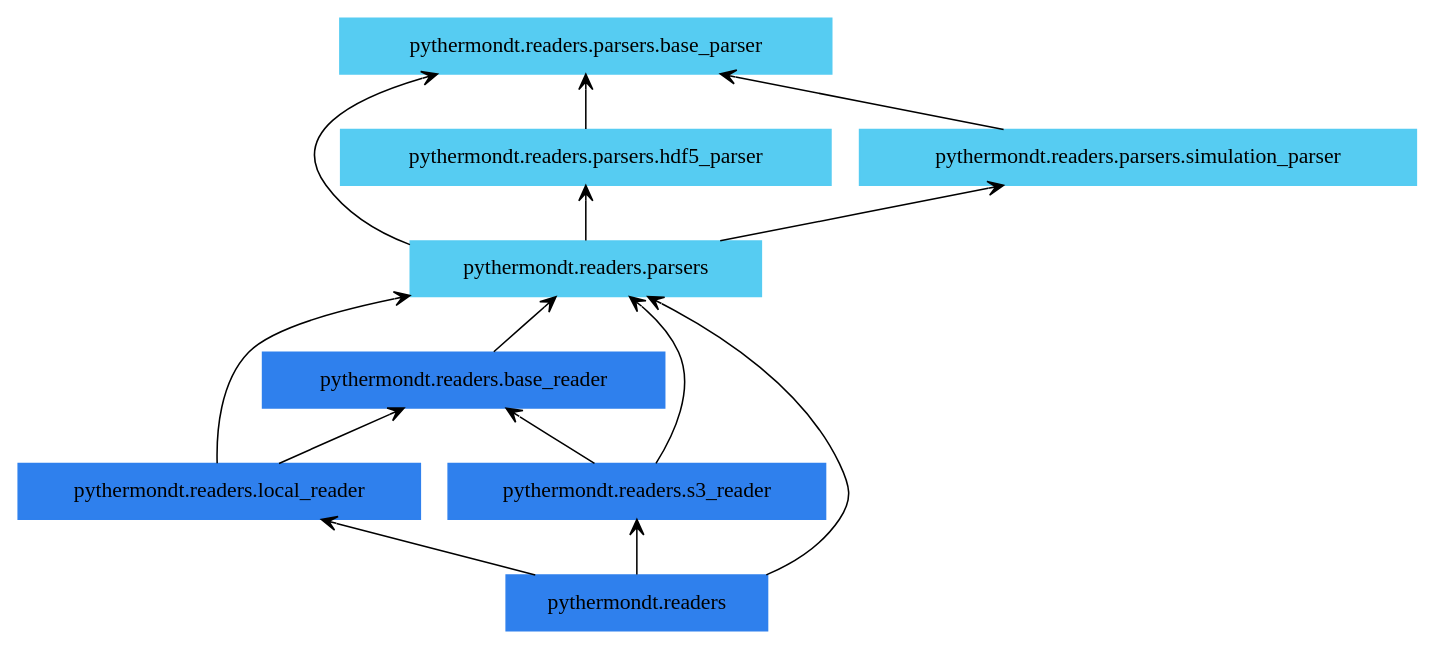
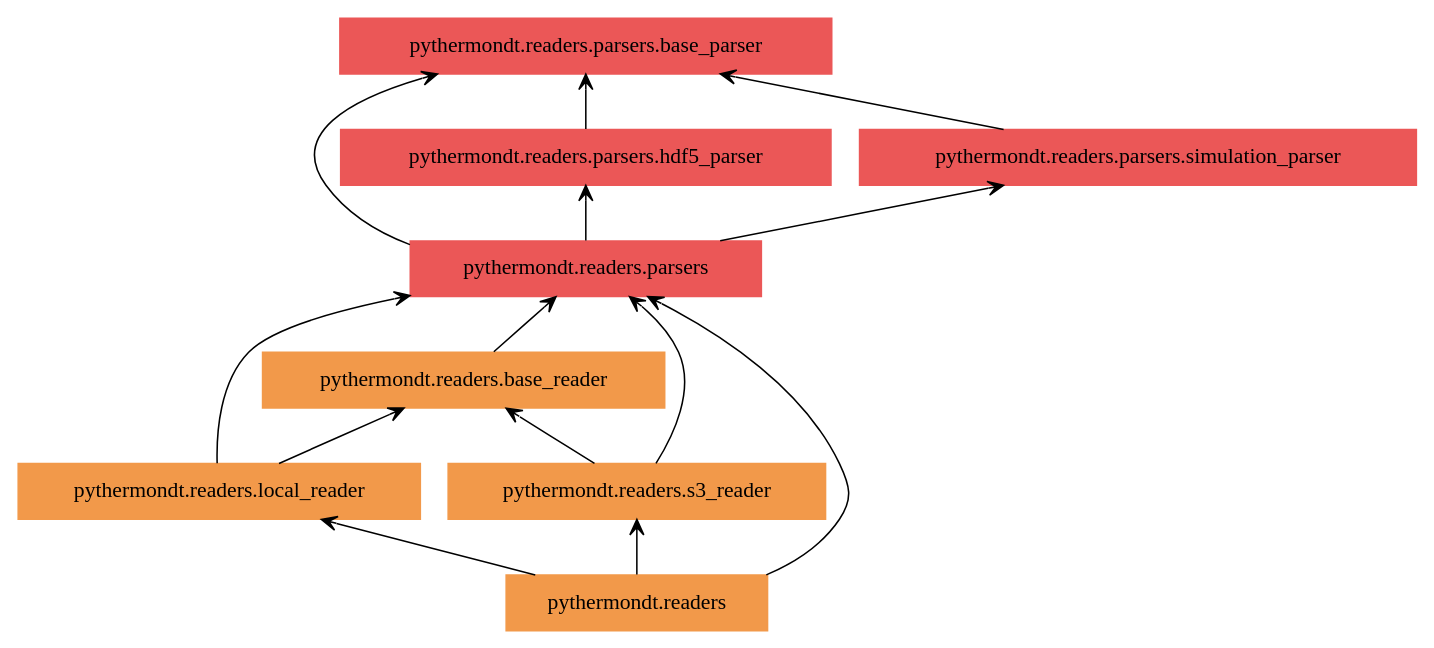
Before and after one commit to voidsy-gmbh/pyThermoNDT: the diagram in docs/pyreverse/packages_pythermondt.readers.gv, drawn with Graphviz. The commit also changed 25 other files, not shown here.

Commit message:
Update pyreverse diagrams

```diff
--- a/docs/pyreverse/packages_pythermondt.readers.gv
+++ b/docs/pyreverse/packages_pythermondt.readers.gv
@@ -1,25 +1,25 @@
 digraph "packages_pythermondt.readers" {
 rankdir=BT
 charset="utf-8"
-"pythermondt.readers" [color="#2F80ED", label=<pythermondt.readers>, shape="box", style="filled"];
-"pythermondt.readers.base_reader" [color="#2F80ED", label=<pythermondt.readers.base_reader>, shape="box", style="filled"];
-"pythermondt.readers.local_reader" [color="#2F80ED", label=<pythermondt.readers.local_reader>, shape="box", style="filled"];
-"pythermondt.readers.parsers" [color="#56CCF2", label=<pythermondt.readers.parsers>, shape="box", style="filled"];
-"pythermondt.readers.parsers.base_parser" [color="#56CCF2", label=<pythermondt.readers.parsers.base_parser>, shape="box", style="filled"];
-"pythermondt.readers.parsers.hdf5_parser" [color="#56CCF2", label=<pythermondt.readers.parsers.hdf5_parser>, shape="box", style="filled"];
-"pythermondt.readers.parsers.simulation_parser" [color="#56CCF2", label=<pythermondt.readers.parsers.simulation_parser>, shape="box", style="filled"];
-"pythermondt.readers.s3_reader" [color="#2F80ED", label=<pythermondt.readers.s3_reader>, shape="box", style="filled"];
+"pythermondt.readers" [color="#F2994A", label=<pythermondt.readers>, shape="box", style="filled"];
+"pythermondt.readers.base_reader" [color="#F2994A", label=<pythermondt.readers.base_reader>, shape="box", style="filled"];
+"pythermondt.readers.local_reader" [color="#F2994A", label=<pythermondt.readers.local_reader>, shape="box", style="filled"];
+"pythermondt.readers.parsers" [color="#EB5757", label=<pythermondt.readers.parsers>, shape="box", style="filled"];
+"pythermondt.readers.parsers.base_parser" [color="#EB5757", label=<pythermondt.readers.parsers.base_parser>, shape="box", style="filled"];
+"pythermondt.readers.parsers.hdf5_parser" [color="#EB5757", label=<pythermondt.readers.parsers.hdf5_parser>, shape="box", style="filled"];
+"pythermondt.readers.parsers.simulation_parser" [color="#EB5757", label=<pythermondt.readers.parsers.simulation_parser>, shape="box", style="filled"];
+"pythermondt.readers.s3_reader" [color="#F2994A", label=<pythermondt.readers.s3_reader>, shape="box", style="filled"];
 "pythermondt.readers" -> "pythermondt.readers.local_reader" [arrowhead="open", arrowtail="none"];
 "pythermondt.readers" -> "pythermondt.readers.parsers" [arrowhead="open", arrowtail="none"];
 "pythermondt.readers" -> "pythermondt.readers.s3_reader" [arrowhead="open", arrowtail="none"];
 "pythermondt.readers.base_reader" -> "pythermondt.readers.parsers" [arrowhead="open", arrowtail="none"];
 "pythermondt.readers.local_reader" -> "pythermondt.readers.base_reader" [arrowhead="open", arrowtail="none"];
 "pythermondt.readers.local_reader" -> "pythermondt.readers.parsers" [arrowhead="open", arrowtail="none"];
 "pythermondt.readers.parsers" -> "pythermondt.readers.parsers.base_parser" [arrowhead="open", arrowtail="none"];
 "pythermondt.readers.parsers" -> "pythermondt.readers.parsers.hdf5_parser" [arrowhead="open", arrowtail="none"];
 "pythermondt.readers.parsers" -> "pythermondt.readers.parsers.simulation_parser" [arrowhead="open", arrowtail="none"];
 "pythermondt.readers.parsers.hdf5_parser" -> "pythermondt.readers.parsers.base_parser" [arrowhead="open", arrowtail="none"];
 "pythermondt.readers.parsers.simulation_parser" -> "pythermondt.readers.parsers.base_parser" [arrowhead="open", arrowtail="none"];
 "pythermondt.readers.s3_reader" -> "pythermondt.readers.base_reader" [arrowhead="open", arrowtail="none"];
 "pythermondt.readers.s3_reader" -> "pythermondt.readers.parsers" [arrowhead="open", arrowtail="none"];
 }
```
